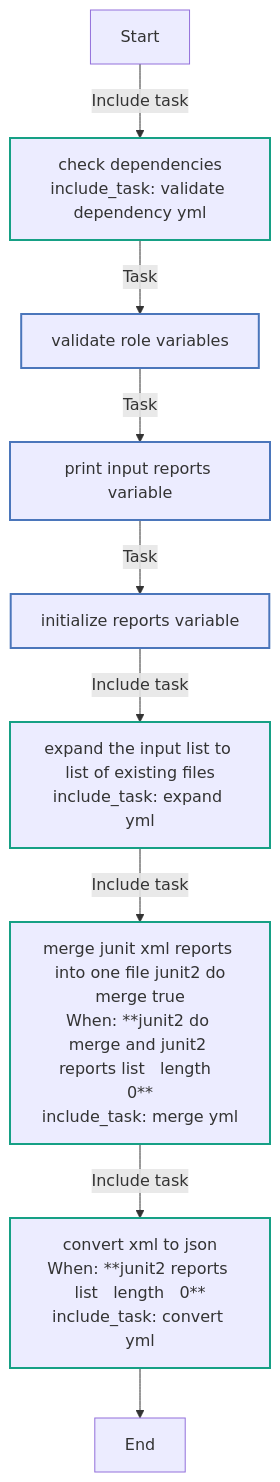
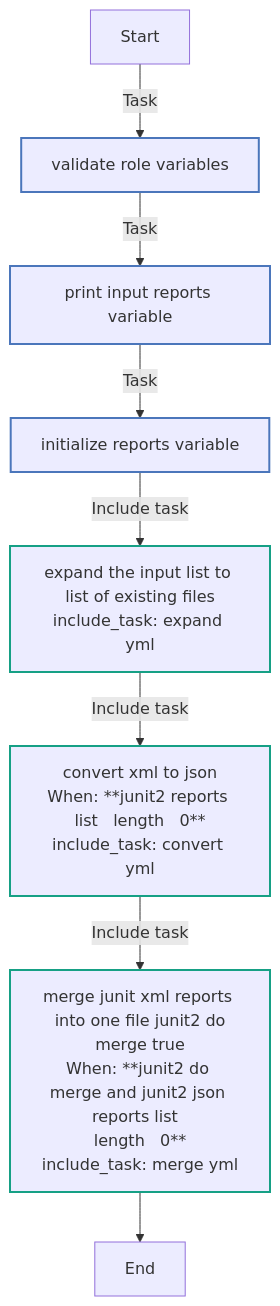
One commit to mvk/eco-ci-cd changed the fifth of 6 diagrams in playbooks/infra/reporting/roles/junit2json/README.md. Above: the diagram before and after it, drawn with Mermaid. The commit also changed other lines of this file and 2 other files, not shown here.

First line of the commit message:
ROLE: update role `junit2json`

````diff
--- a/playbooks/infra/reporting/roles/junit2json/README.md
+++ b/playbooks/infra/reporting/roles/junit2json/README.md
@@ -254,21 +246,20 @@
 ```mermaid
 flowchart TD
 Start
 classDef block stroke:#3498db,stroke-width:2px;
 classDef task stroke:#4b76bb,stroke-width:2px;
 classDef includeTasks stroke:#16a085,stroke-width:2px;
 classDef importTasks stroke:#34495e,stroke-width:2px;
 classDef includeRole stroke:#2980b9,stroke-width:2px;
 classDef importRole stroke:#699ba7,stroke-width:2px;
 classDef includeVars stroke:#8e44ad,stroke-width:2px;
 classDef rescue stroke:#665352,stroke-width:2px;
 
-  Start-->|Include task| validate_dependency_yml0[check dependencies<br>include_task: validate dependency yml]:::includeTasks
-  validate_dependency_yml0-->|Task| Validate_role_variables1[validate role variables]:::task
-  Validate_role_variables1-->|Task| Print_input_reports_variable2[print input reports variable]:::task
-  Print_input_reports_variable2-->|Task| Initialize_reports_variable3[initialize reports variable]:::task
-  Initialize_reports_variable3-->|Include task| expand_yml4[expand the input list to list of existing files<br>include_task: expand yml]:::includeTasks
-  expand_yml4-->|Include task| merge_yml5[merge junit xml reports into one file junit2 do<br>merge true<br>When: **junit2 do merge and junit2 reports list   length  <br>0**<br>include_task: merge yml]:::includeTasks
-  merge_yml5-->|Include task| convert_yml6[convert xml to json<br>When: **junit2 reports list   length   0**<br>include_task: convert yml]:::includeTasks
-  convert_yml6-->End
+  Start-->|Task| Validate_role_variables0[validate role variables]:::task
+  Validate_role_variables0-->|Task| Print_input_reports_variable1[print input reports variable]:::task
+  Print_input_reports_variable1-->|Task| Initialize_reports_variable2[initialize reports variable]:::task
+  Initialize_reports_variable2-->|Include task| expand_yml3[expand the input list to list of existing files<br>include_task: expand yml]:::includeTasks
+  expand_yml3-->|Include task| convert_yml4[convert xml to json<br>When: **junit2 reports list   length   0**<br>include_task: convert yml]:::includeTasks
+  convert_yml4-->|Include task| merge_yml5[merge junit xml reports into one file junit2 do<br>merge true<br>When: **junit2 do merge and junit2 json reports list  <br>length   0**<br>include_task: merge yml]:::includeTasks
+  merge_yml5-->End
 ```
````
